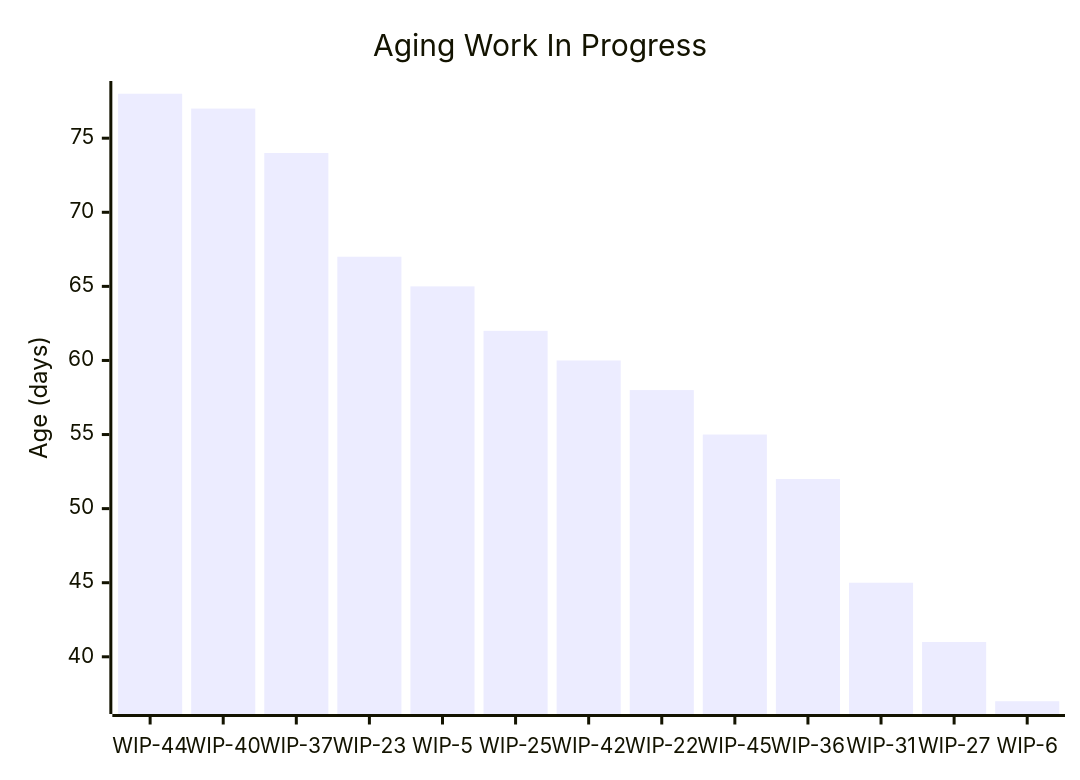
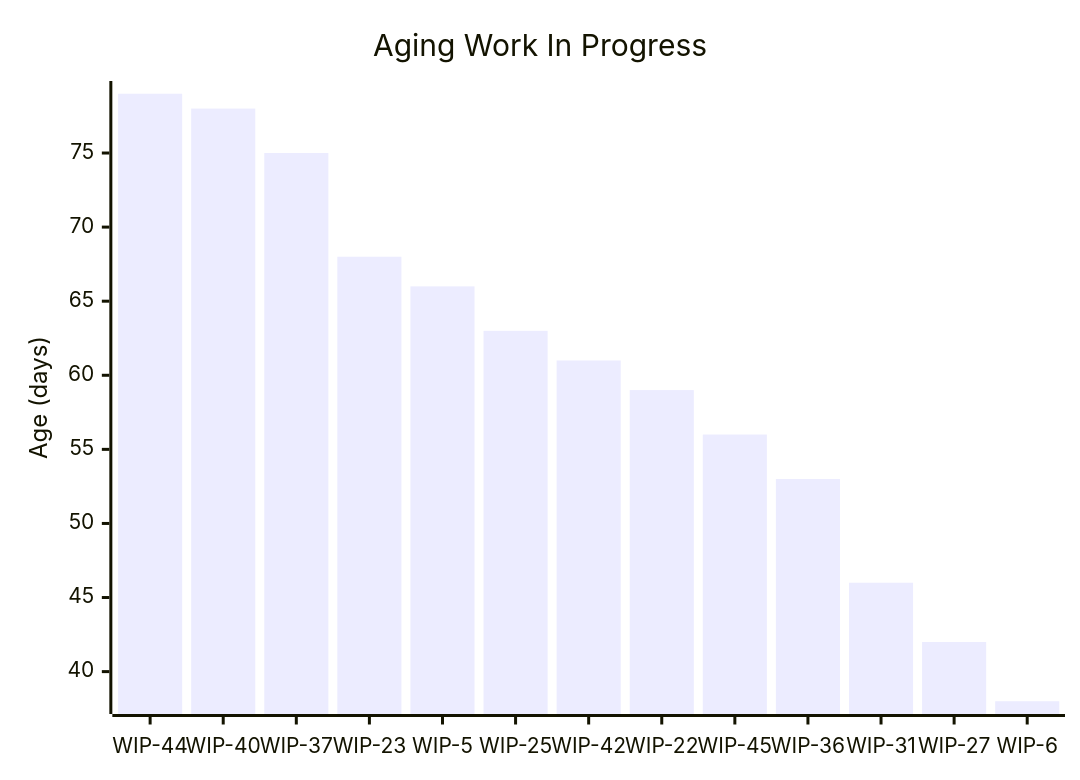
The first of 5 diagrams in data/samples/reports/sample_data_large/types/Story.md (cbroult/predictability-engine), drawn with Mermaid before and after one commit. The commit also changed other lines of this file and 74 other files, not shown here.

````diff
--- a/data/samples/reports/sample_data_large/types/Story.md
+++ b/data/samples/reports/sample_data_large/types/Story.md
@@ -30,7 +30,7 @@
 ```mermaid
 xychart-beta
     title "Aging Work In Progress"
     x-axis ["WIP-44", "WIP-40", "WIP-37", "WIP-23", "WIP-5", "WIP-25", "WIP-42", "WIP-22", "WIP-45", "WIP-36", "WIP-31", "WIP-27", "WIP-6"]
     y-axis "Age (days)"
-    bar "Age" [78, 77, 74, 67, 65, 62, 60, 58, 55, 52, 45, 41, 37]
+    bar "Age" [79, 78, 75, 68, 66, 63, 61, 59, 56, 53, 46, 42, 38]
 ```
````
